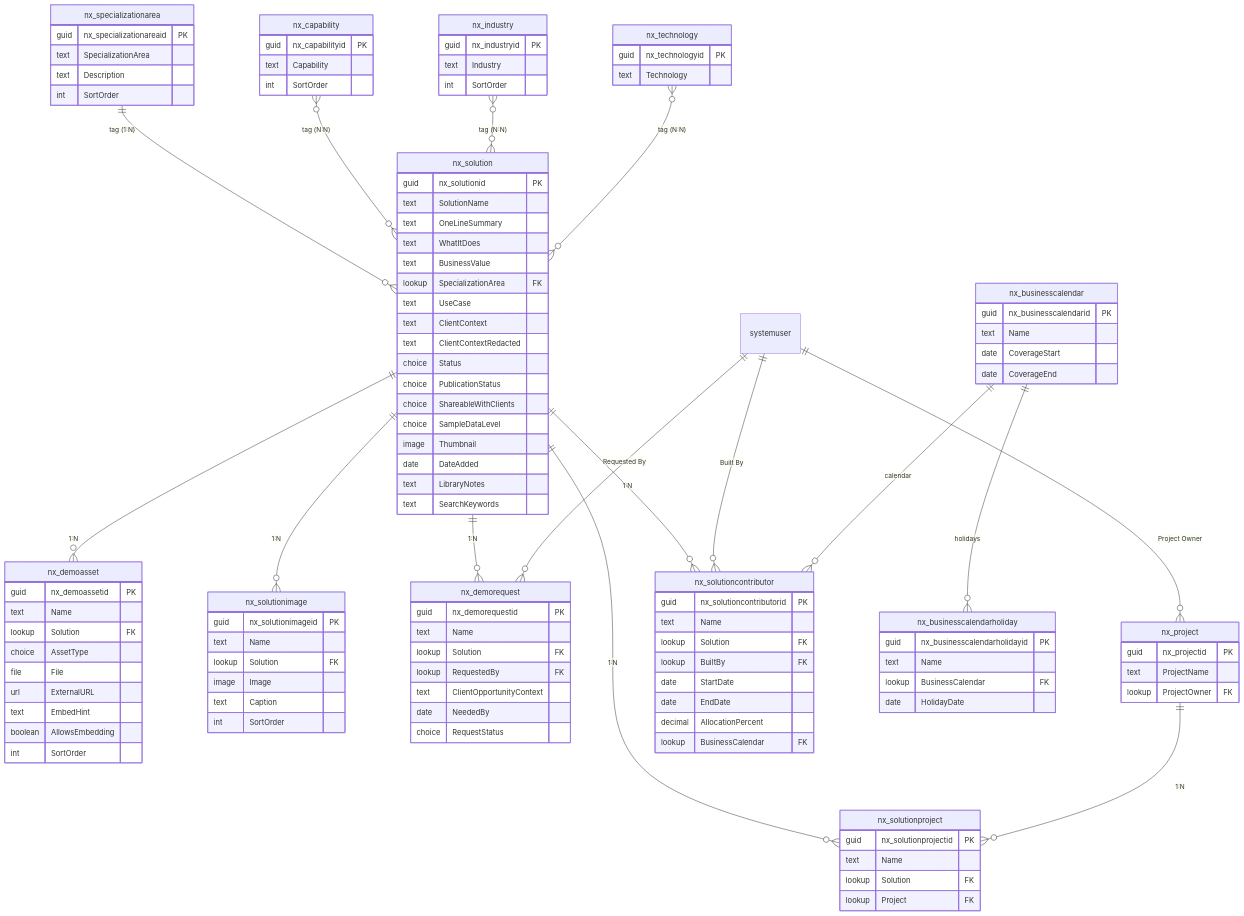
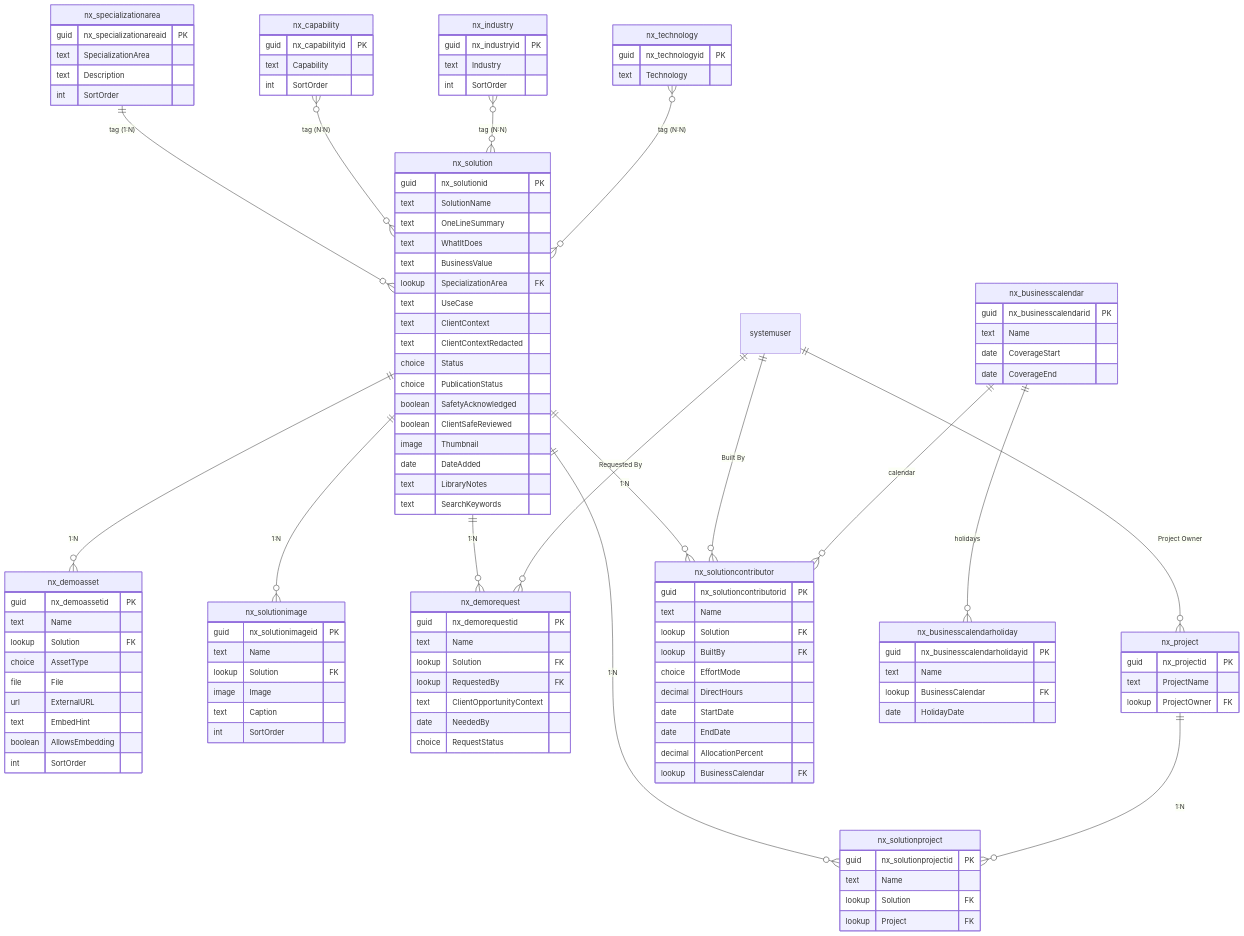
Before and after one commit to lpreciado-nextant/PRISMA: the first of 3 diagrams in docs/data_model/SchemaV2.md, drawn with Mermaid. The commit also changed other lines of this file and 32 other files, not shown here.

```diff
--- a/docs/data_model/SchemaV2.md
+++ b/docs/data_model/SchemaV2.md
@@ -50,8 +50,8 @@
         text ClientContextRedacted
         choice Status
         choice PublicationStatus
-        choice ShareableWithClients
-        choice SampleDataLevel
+        boolean SafetyAcknowledged
+        boolean ClientSafeReviewed
         image Thumbnail
         date DateAdded
         text LibraryNotes
@@ -68,6 +68,8 @@
         text Name
         lookup Solution FK
         lookup BuiltBy FK
+        choice EffortMode
+        decimal DirectHours
         date StartDate
         date EndDate
         decimal AllocationPercent
```
